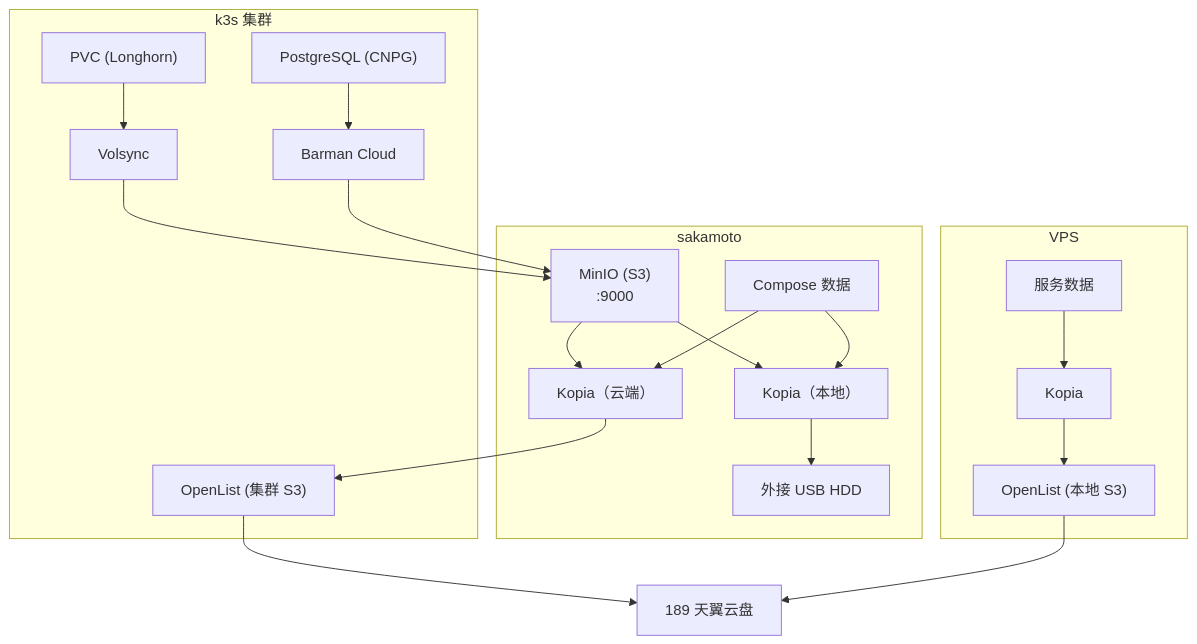
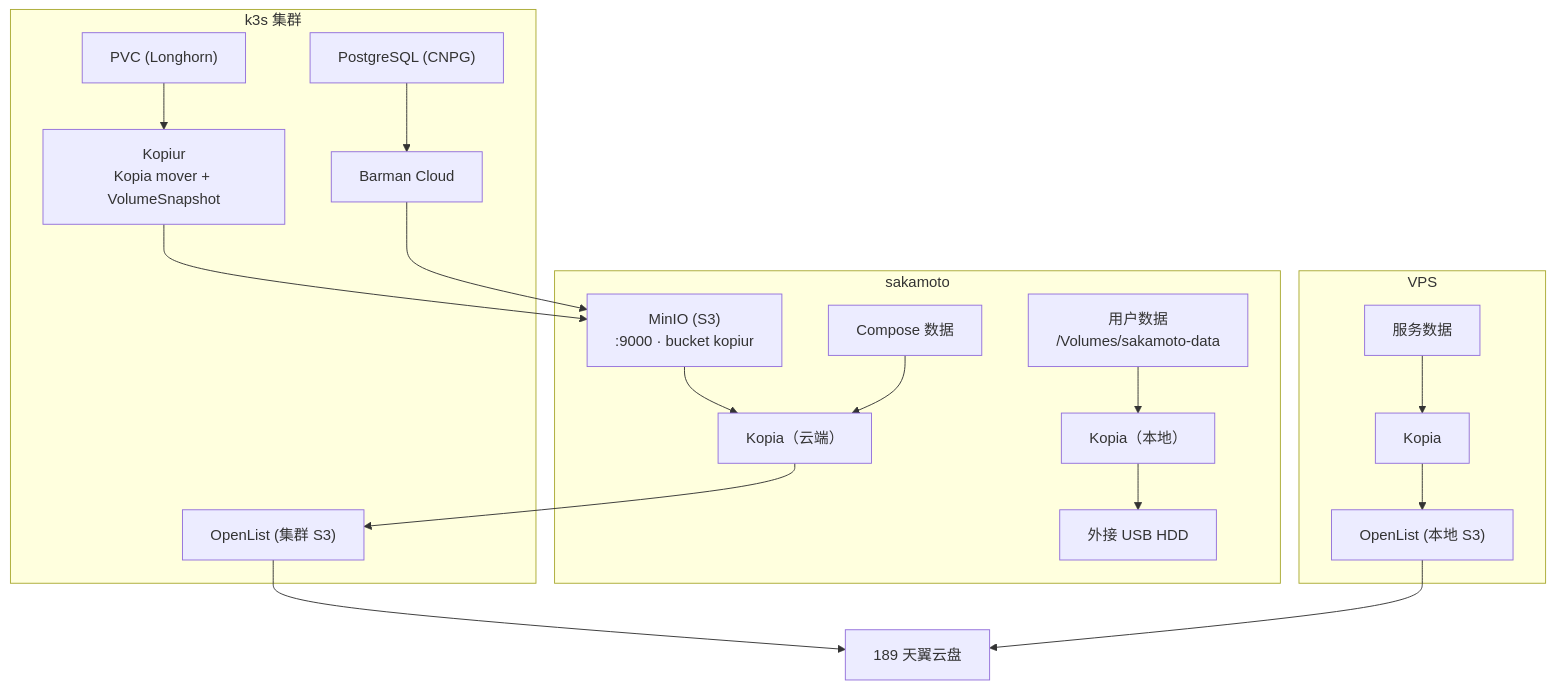
The eighth of 9 diagrams in docs/ARCHITECTURE.md (shelken/home-ops), drawn with Mermaid before and after one commit. The commit also changed other lines of this file and 1 other file, not shown here.

````diff
--- a/docs/ARCHITECTURE.md
+++ b/docs/ARCHITECTURE.md
@@ -382,44 +393,44 @@
 ```mermaid
 graph TB
     subgraph K8S["k3s 集群"]
         PVC["PVC (Longhorn)"]
         PG["PostgreSQL (CNPG)"]
-        Volsync["Volsync"]
+        Kopiur["Kopiur<br/>Kopia mover + VolumeSnapshot"]
         Barman["Barman Cloud"]
         Cluster_OpenList["OpenList (集群 S3)"]
     end
 
     subgraph SAKA_BACKUP["sakamoto"]
-        MinIO["MinIO (S3)<br/>:9000"]
+        MinIO["MinIO (S3)<br/>:9000 · bucket kopiur"]
         COMPOSE_Data["Compose 数据"]
+        USER_Data["用户数据<br/>/Volumes/sakamoto-data"]
         SAKA_Kopia["Kopia（云端）"]
         SAKA_Kopia_Local["Kopia（本地）"]
         USB_HDD["外接 USB HDD"]
     end
 
     subgraph VPS_BACKUP["VPS"]
         VPS_Data["服务数据"]
         VPS_Kopia["Kopia"]
         VPS_OpenList["OpenList (本地 S3)"]
     end
 
     Cloud["189 天翼云盘"]
 
-    PVC --> Volsync
+    PVC --> Kopiur
     PG --> Barman
-    Volsync --> MinIO
+    Kopiur --> MinIO
     Barman --> MinIO
 
     MinIO --> SAKA_Kopia
     COMPOSE_Data --> SAKA_Kopia
     SAKA_Kopia --> Cluster_OpenList
     Cluster_OpenList --> Cloud
 
-    MinIO --> SAKA_Kopia_Local
-    COMPOSE_Data --> SAKA_Kopia_Local
+    USER_Data --> SAKA_Kopia_Local
     SAKA_Kopia_Local --> USB_HDD
 
     VPS_Data --> VPS_Kopia
     VPS_Kopia --> VPS_OpenList
     VPS_OpenList --> Cloud
 ```
````
